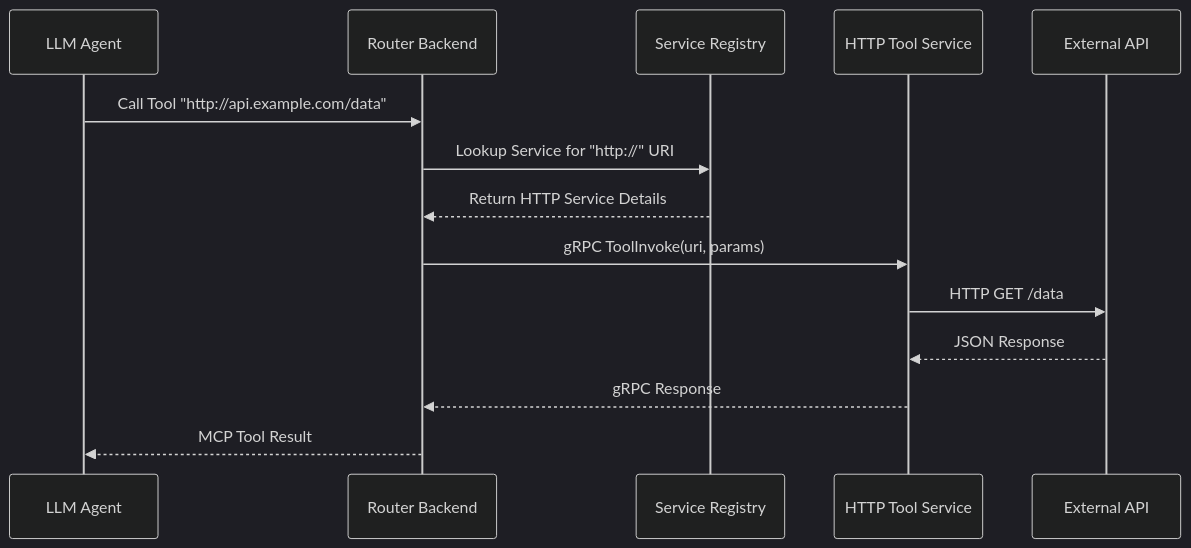
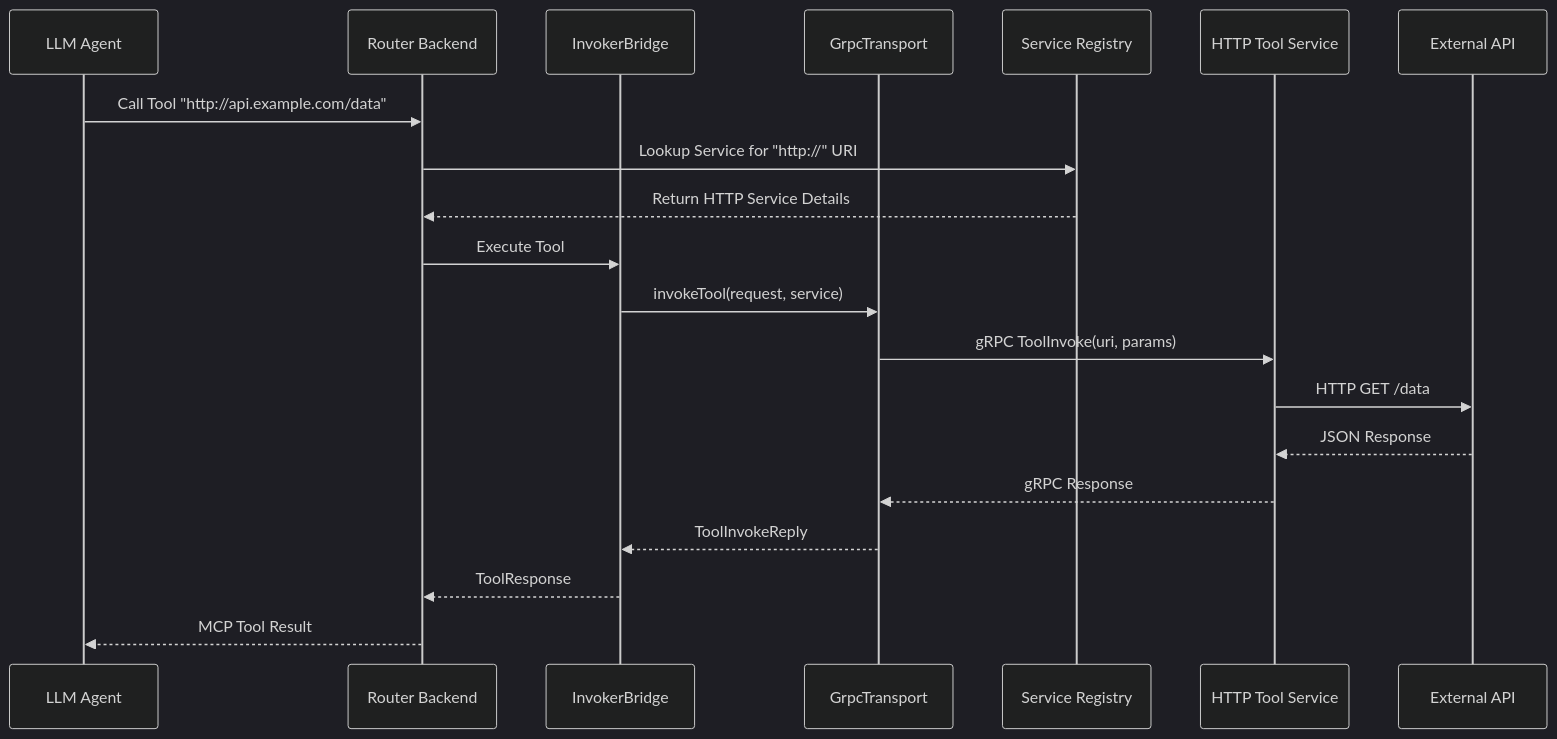
One commit to wanaku-ai/wanaku changed the third of 11 diagrams in docs/architecture.md. Above: the diagram before and after it, drawn with Mermaid (dark theme). The commit also changed other lines of this file and 25 other files, not shown here.

First line of the commit message:
Refactor the gRPC bridge

````diff
--- a/docs/architecture.md
+++ b/docs/architecture.md
@@ -181,17 +188,23 @@
 ```mermaid
 sequenceDiagram
     participant LLM as LLM Agent
     participant Router as Router Backend
+    participant Bridge as InvokerBridge
+    participant Transport as GrpcTransport
     participant Registry as Service Registry
     participant ToolSvc as HTTP Tool Service
     participant API as External API
 
     LLM->>Router: Call Tool "http://api.example.com/data"
     Router->>Registry: Lookup Service for "http://" URI
     Registry-->>Router: Return HTTP Service Details
-    Router->>ToolSvc: gRPC ToolInvoke(uri, params)
+    Router->>Bridge: Execute Tool
+    Bridge->>Transport: invokeTool(request, service)
+    Transport->>ToolSvc: gRPC ToolInvoke(uri, params)
     ToolSvc->>API: HTTP GET /data
     API-->>ToolSvc: JSON Response
-    ToolSvc-->>Router: gRPC Response
+    ToolSvc-->>Transport: gRPC Response
+    Transport-->>Bridge: ToolInvokeReply
+    Bridge-->>Router: ToolResponse
     Router-->>LLM: MCP Tool Result
 ```
````
